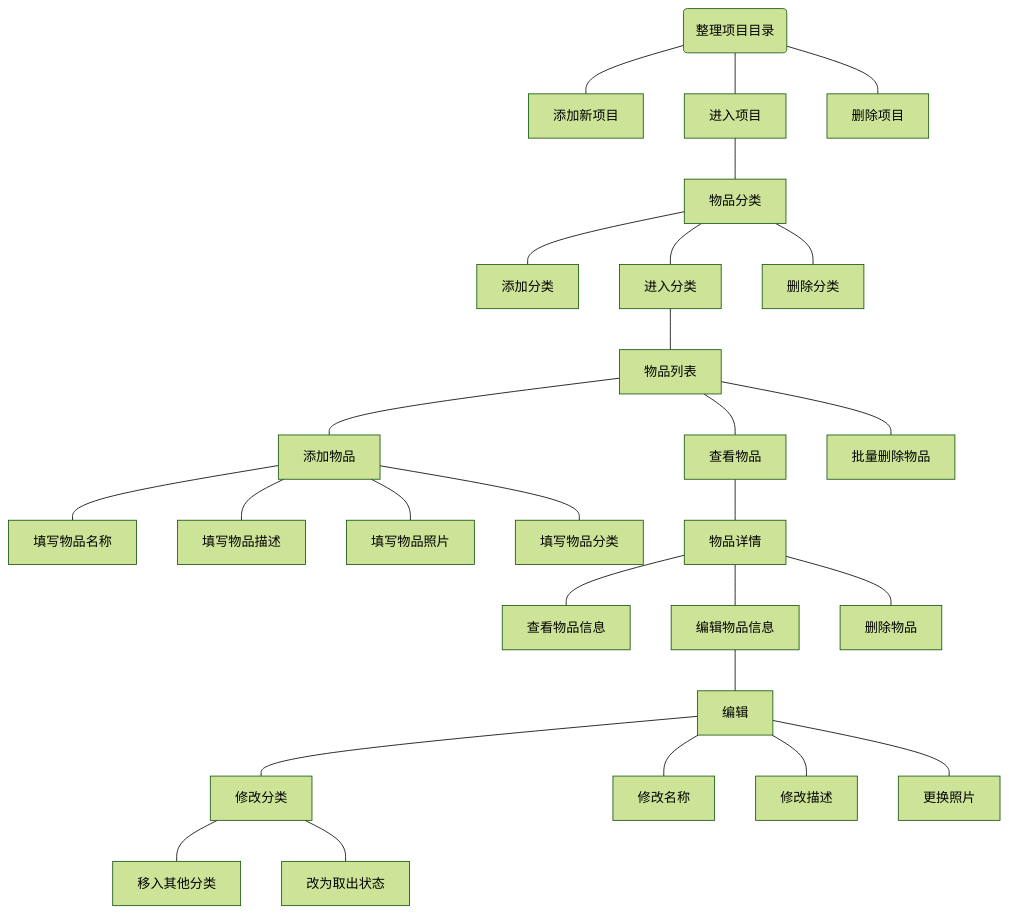
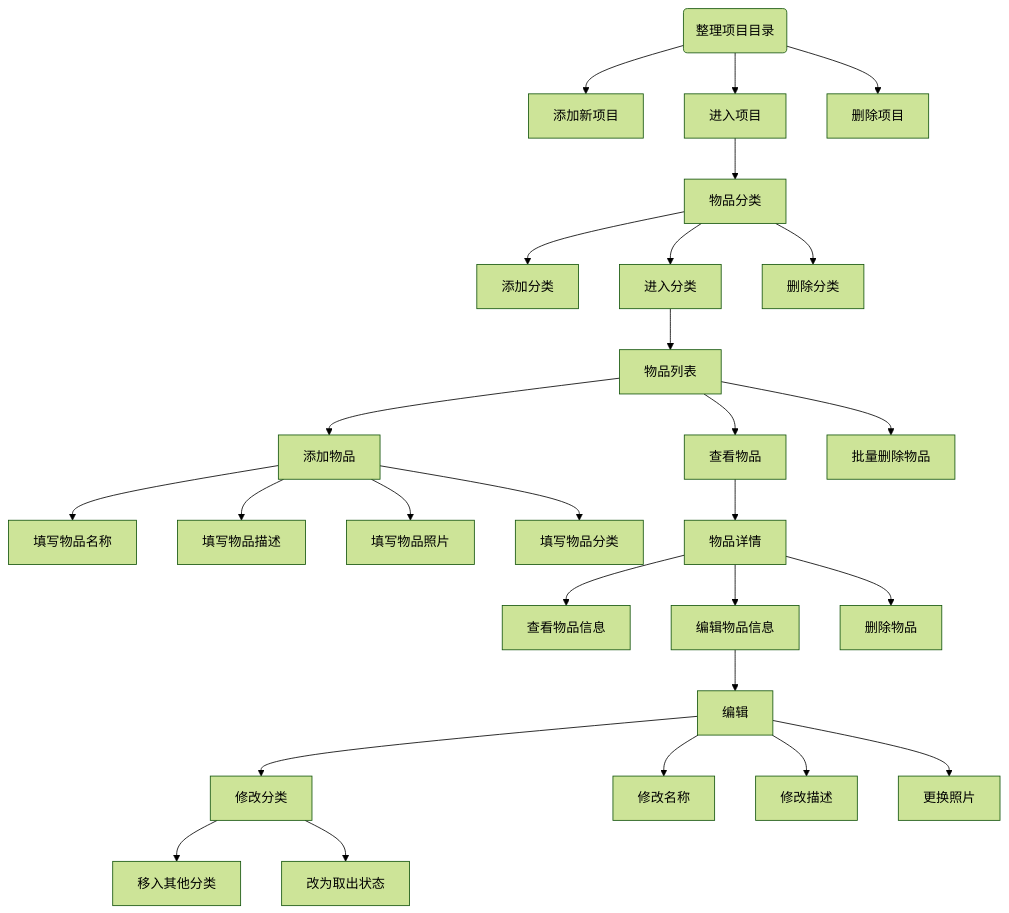
Before and after one commit to samoyi/Seiri: the second of 2 diagrams in Doc/使用流程.md, drawn with Mermaid (forest theme). The commit also changed other lines of this file and 15 other files, not shown here.

````diff
--- a/Doc/使用流程.md
+++ b/Doc/使用流程.md
@@ -21,29 +21,29 @@
 ```mermaid
 graph TD
-    整理项目目录(整理项目目录)---添加新项目[添加新项目]
-    整理项目目录(整理项目目录)---进入项目[进入项目]
-    整理项目目录(整理项目目录)---删除项目[删除项目]
-    进入项目---物品分类[物品分类]
-    物品分类---添加分类[添加分类]
-    物品分类---进入分类[进入分类]
-    物品分类---删除分类[删除分类]
-    进入分类---物品列表[物品列表]
-    物品列表---添加物品[添加物品]
-    添加物品---填写物品名称[填写物品名称]
-    添加物品---填写物品描述[填写物品描述]
-    添加物品---填写物品照片[填写物品照片]
-    添加物品---填写物品分类[填写物品分类]
-    物品列表---查看物品[查看物品]
-    物品列表---批量删除物品[批量删除物品]
-    查看物品---物品详情[物品详情]
-    物品详情---查看物品信息[查看物品信息]
-    物品详情---编辑物品信息[编辑物品信息]
-    物品详情---删除物品[删除物品]
-    编辑物品信息---编辑[编辑]
-    编辑---修改分类[修改分类]
-    编辑---修改名称[修改名称]
-    编辑---修改描述[修改描述]
-    编辑---更换照片[更换照片]
-    修改分类---移入其他分类[移入其他分类]
-    修改分类---改为取出状态[改为取出状态]
+    整理项目目录(整理项目目录)-->添加新项目[添加新项目]
+    整理项目目录(整理项目目录)-->进入项目[进入项目]
+    整理项目目录(整理项目目录)-->删除项目[删除项目]
+    进入项目-->物品分类[物品分类]
+    物品分类-->添加分类[添加分类]
+    物品分类-->进入分类[进入分类]
+    物品分类-->删除分类[删除分类]
+    进入分类-->物品列表[物品列表]
+    物品列表-->添加物品[添加物品]
+    添加物品-->填写物品名称[填写物品名称]
+    添加物品-->填写物品描述[填写物品描述]
+    添加物品-->填写物品照片[填写物品照片]
+    添加物品-->填写物品分类[填写物品分类]
+    物品列表-->查看物品[查看物品]
+    物品列表-->批量删除物品[批量删除物品]
+    查看物品-->物品详情[物品详情]
+    物品详情-->查看物品信息[查看物品信息]
+    物品详情-->编辑物品信息[编辑物品信息]
+    物品详情-->删除物品[删除物品]
+    编辑物品信息-->编辑[编辑]
+    编辑-->修改分类[修改分类]
+    编辑-->修改名称[修改名称]
+    编辑-->修改描述[修改描述]
+    编辑-->更换照片[更换照片]
+    修改分类-->移入其他分类[移入其他分类]
+    修改分类-->改为取出状态[改为取出状态]
 ```
````
